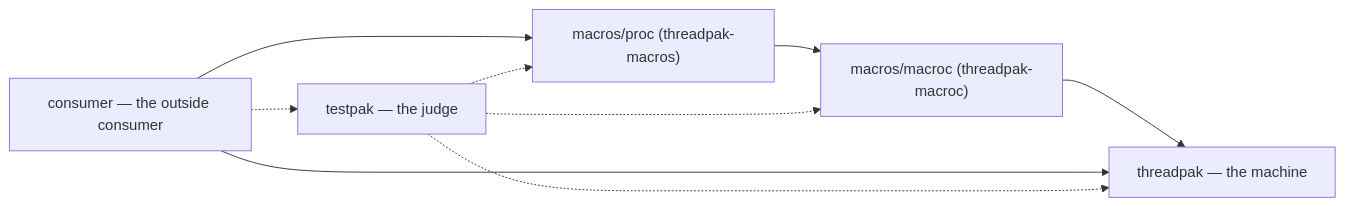
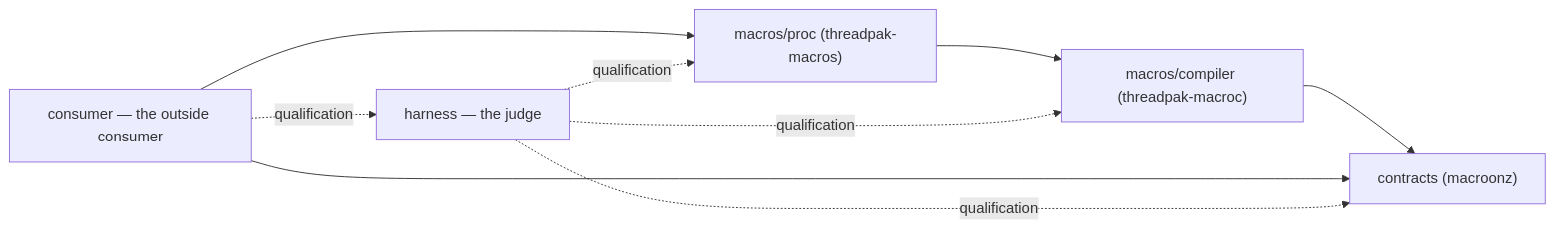
The second of 3 diagrams in README.md (freebatteryfactory/Macroonz), drawn with Mermaid before and after one commit. The commit also changed other lines of this file and 557 other files, not shown here.

````diff
--- a/README.md
+++ b/README.md
@@ -40,11 +40,11 @@
 ```mermaid
 flowchart LR
-    PROC["macros/proc (threadpak-macros)"] --> MC["macros/macroc (threadpak-macroc)"]
-    MC --> CORE["threadpak — the machine"]
-    CONS["consumer — the outside consumer"] --> CORE
+    PROC["macros/proc (threadpak-macros)"] --> MC["macros/compiler (threadpak-macroc)"]
+    MC --> CONTRACTS["contracts (macroonz)"]
+    CONS["consumer — the outside consumer"] --> CONTRACTS
     CONS --> PROC
-    TP["testpak — the judge"] -.-> CORE
-    TP -.-> MC
-    TP -.-> PROC
-    CONS -.-> TP
+    CONS -. qualification .-> HARNESS["harness — the judge"]
+    HARNESS -. qualification .-> CONTRACTS
+    HARNESS -. qualification .-> MC
+    HARNESS -. qualification .-> PROC
 ```
````
